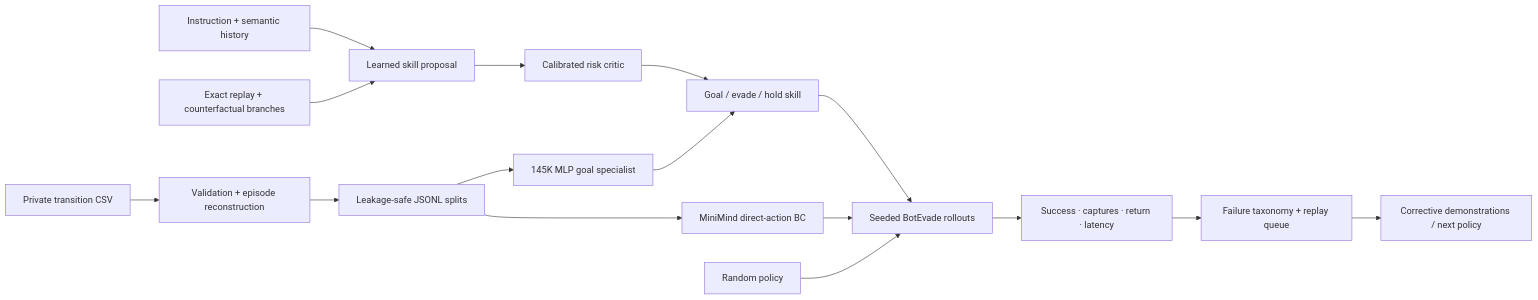
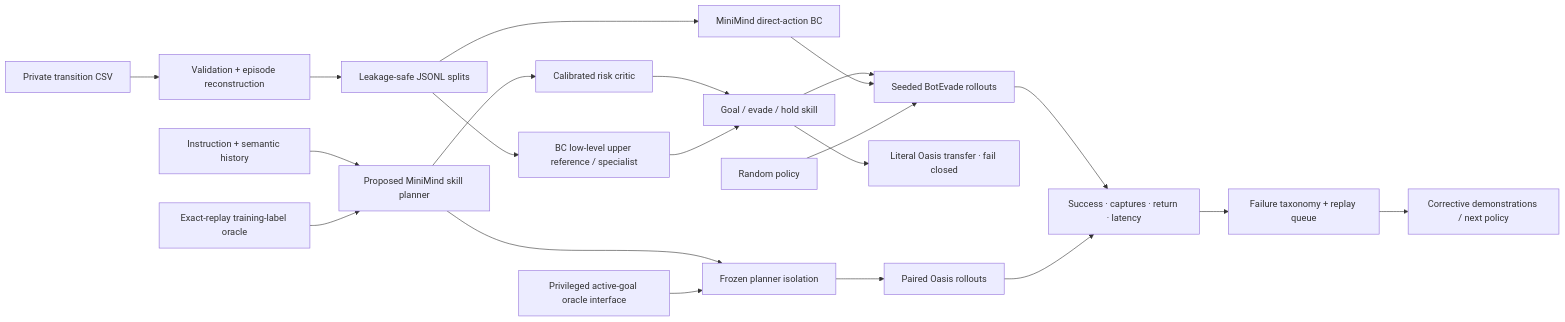
The diagram in README.md (hanshuo-shuo/MouseMind), drawn with Mermaid before and after one commit. The commit also changed other lines of this file and 16 other files, not shown here.

Commit message:
feat: position MiniMind hierarchy with alignment evidence

````diff
--- a/README.md
+++ b/README.md
@@ -134,18 +107,23 @@
 ```mermaid
 flowchart LR
     A["Private transition CSV"] --> B["Validation + episode reconstruction"]
     B --> C["Leakage-safe JSONL splits"]
     C --> D["MiniMind direct-action BC"]
-    C --> E["145K MLP goal specialist"]
-    I["Instruction + semantic history"] --> P["Learned skill proposal"]
-    X["Exact replay + counterfactual branches"] --> P
+    C --> E["BC low-level upper reference / specialist"]
+    I["Instruction + semantic history"] --> P["Proposed MiniMind skill planner"]
+    X["Exact-replay training-label oracle"] --> P
     P --> V["Calibrated risk critic"]
     V --> Q["Goal / evade / hold skill"]
     E --> Q
     Q --> G["Seeded BotEvade rollouts"]
+    Q --> T["Literal Oasis transfer · fail closed"]
+    P --> U["Frozen planner isolation"]
+    R["Privileged active-goal oracle interface"] --> U
+    U --> O["Paired Oasis rollouts"]
     D --> G
     H["Random policy"] --> G
     G --> J["Success · captures · return · latency"]
+    O --> J
     J --> K["Failure taxonomy + replay queue"]
     K --> L["Corrective demonstrations / next policy"]
 ```
````
